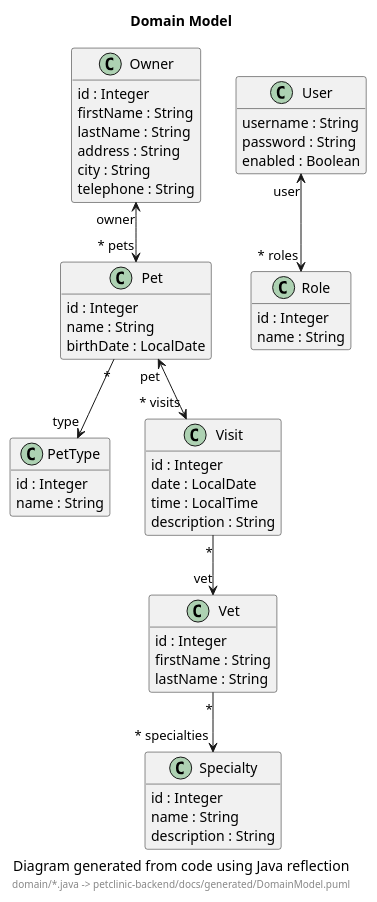
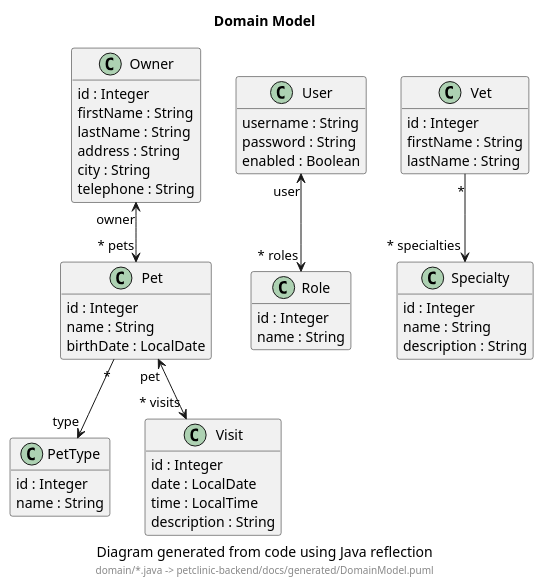
One commit to victorrentea/petclinic changed the diagram in petclinic-backend/docs/generated/DomainModel.puml. Above: the diagram before and after it, drawn with PlantUML. The commit also changed 59 other files, not shown here.

```diff
--- a/petclinic-backend/docs/generated/DomainModel.puml
+++ b/petclinic-backend/docs/generated/DomainModel.puml
@@ -1,62 +1,61 @@
 @startuml
 
 title Domain Model
 caption Diagram generated from code using Java reflection
 footer domain/*.java -> petclinic-backend/docs/generated/DomainModel.puml
 
 hide empty members
 skinparam classAttributeIconSize 0
 skinparam hyperlinkUnderline false
 skinparam hyperlinkColor #000000
 
 class Owner [[src://petclinic-backend/src/main/java/victor/training/petclinic/domain/Owner.java:28{Click to open in editor}]] {
   id : Integer
   firstName : String
   lastName : String
   address : String
   city : String
   telephone : String
 }
 class Pet [[src://petclinic-backend/src/main/java/victor/training/petclinic/domain/Pet.java:29{Click to open in editor}]] {
   id : Integer
   name : String
   birthDate : LocalDate
 }
 class PetType [[src://petclinic-backend/src/main/java/victor/training/petclinic/domain/PetType.java:8{Click to open in editor}]] {
   id : Integer
   name : String
 }
 class Role [[src://petclinic-backend/src/main/java/victor/training/petclinic/domain/Role.java:8{Click to open in editor}]] {
   id : Integer
   name : String
 }
 class Specialty [[src://petclinic-backend/src/main/java/victor/training/petclinic/domain/Specialty.java:7{Click to open in editor}]] {
   id : Integer
   name : String
   description : String
 }
 class User [[src://petclinic-backend/src/main/java/victor/training/petclinic/domain/User.java:11{Click to open in editor}]] {
   username : String
   password : String
   enabled : Boolean
 }
 class Vet [[src://petclinic-backend/src/main/java/victor/training/petclinic/domain/Vet.java:11{Click to open in editor}]] {
   id : Integer
   firstName : String
   lastName : String
 }
 class Visit [[src://petclinic-backend/src/main/java/victor/training/petclinic/domain/Visit.java:11{Click to open in editor}]] {
   id : Integer
   date : LocalDate
   time : LocalTime
   description : String
 }
 
 Owner "owner" <--> "~* pets" Pet
 Pet "~*" --> "type" PetType
 Pet "pet" <--> "~* visits" Visit
 User "user" <--> "~* roles" Role
 Vet "~*" --> "~* specialties" Specialty
-Visit "~*" --> "vet" Vet
 
 @enduml
```
